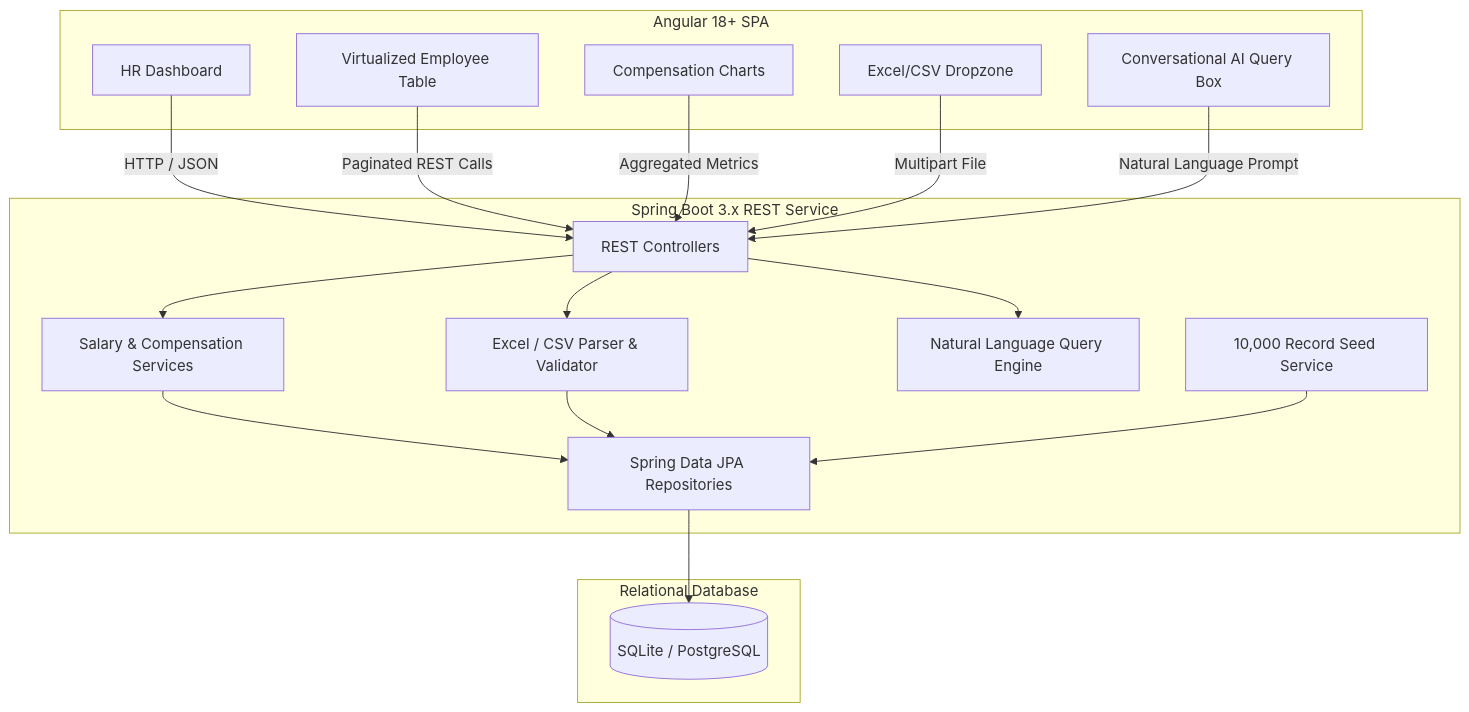
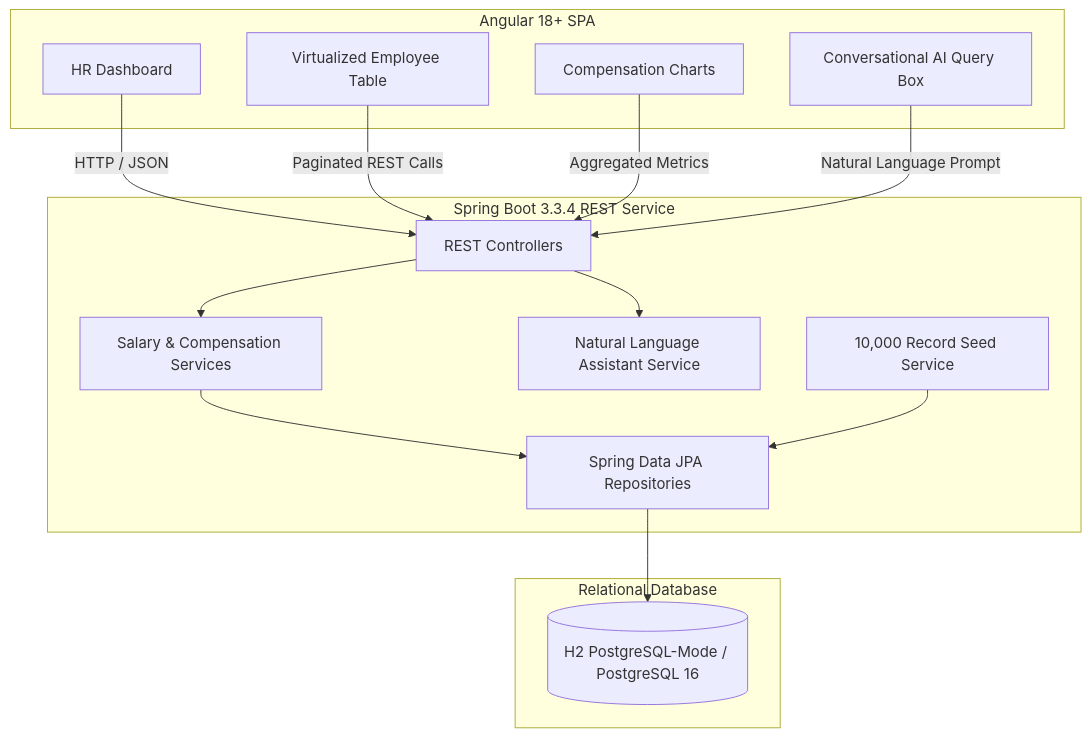
One commit to AnkithSanga/incubyte-assessment changed the diagram in README.md. Above: the diagram before and after it, drawn with Mermaid. The commit also changed other lines of this file and 3 other files, not shown here.

````diff
--- a/README.md
+++ b/README.md
@@ -61,37 +56,32 @@
 ```mermaid
 graph TD
     subgraph Frontend [Angular 18+ SPA]
         UI[HR Dashboard]
         Table[Virtualized Employee Table]
         Analytics[Compensation Charts]
-        Upload[Excel/CSV Dropzone]
         Chat[Conversational AI Query Box]
     end
 
-    subgraph Backend [Spring Boot 3.x REST Service]
+    subgraph Backend [Spring Boot 3.3.4 REST Service]
         API[REST Controllers]
         Service[Salary & Compensation Services]
-        Ingestion[Excel / CSV Parser & Validator]
-        AIQuery[Natural Language Query Engine]
+        AIQuery[Natural Language Assistant Service]
         Seeder[10,000 Record Seed Service]
         Repo[Spring Data JPA Repositories]
     end
 
     subgraph Storage [Relational Database]
-        DB[(SQLite / PostgreSQL)]
+        DB[(H2 PostgreSQL-Mode / PostgreSQL 16)]
     end
 
     UI -->|HTTP / JSON| API
     Table -->|Paginated REST Calls| API
     Analytics -->|Aggregated Metrics| API
-    Upload -->|Multipart File| API
     Chat -->|Natural Language Prompt| API
 
     API --> Service
-    API --> Ingestion
     API --> AIQuery
     Service --> Repo
-    Ingestion --> Repo
     Seeder --> Repo
     Repo --> DB
 ```
````
